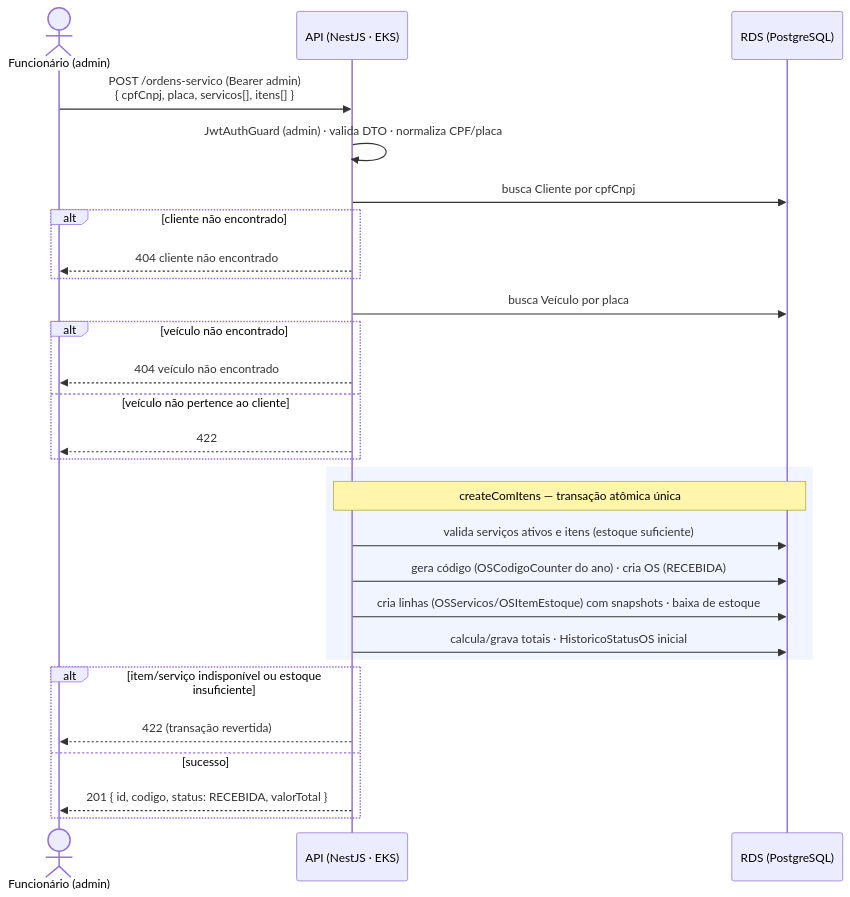
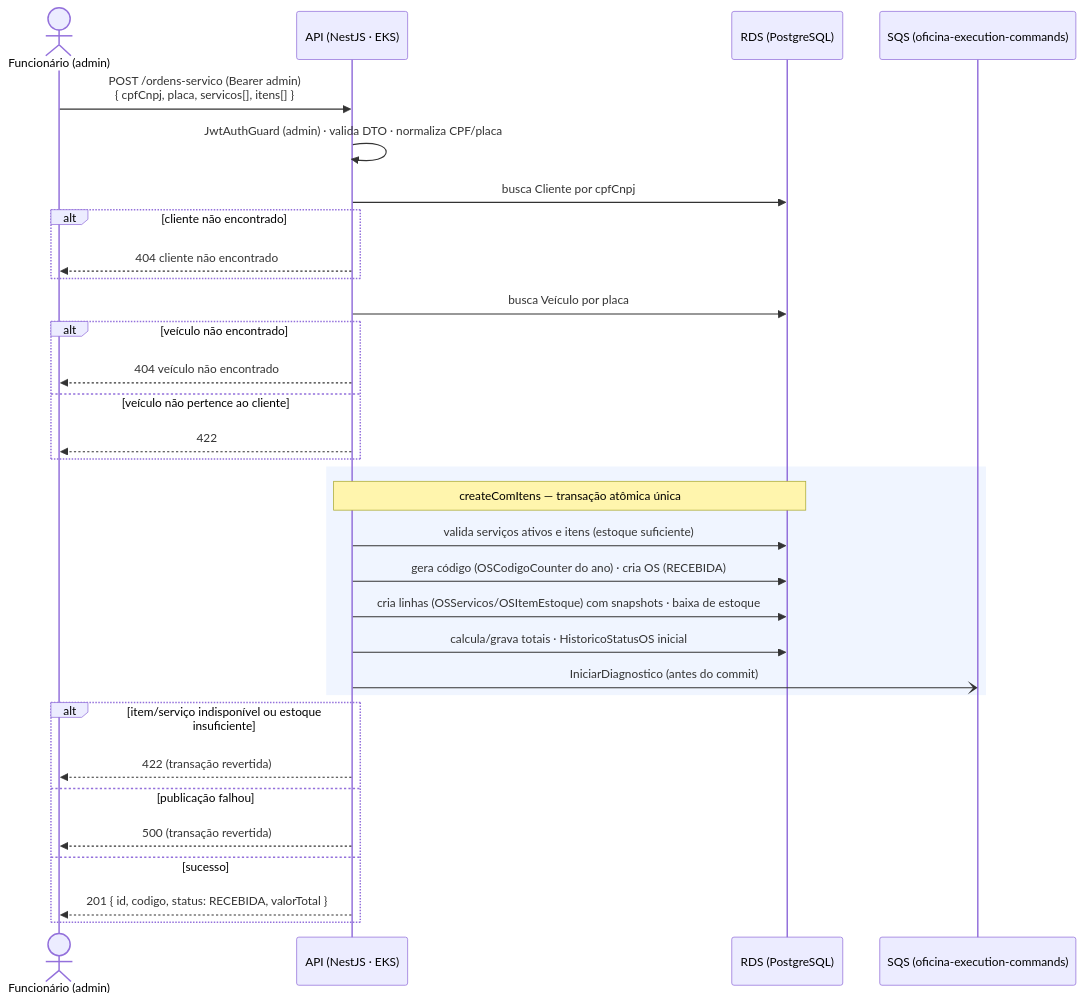
One commit to LucasValada/tech-challenge-fiap changed diagram 11 of 11 in README.md. Above: the diagram before and after it, drawn with Mermaid. The commit also changed other lines of this file and 25 other files, not shown here.

````diff
--- a/README.md
+++ b/README.md
@@ -788,31 +1030,35 @@
 ```mermaid
 sequenceDiagram
     actor F as Funcionário (admin)
     participant API as API (NestJS · EKS)
     participant DB as RDS (PostgreSQL)
+    participant SQS as SQS (oficina-execution-commands)
 
     F->>API: POST /ordens-servico (Bearer admin)<br/>{ cpfCnpj, placa, servicos[], itens[] }
     API->>API: JwtAuthGuard (admin) · valida DTO · normaliza CPF/placa
     API->>DB: busca Cliente por cpfCnpj
     alt cliente não encontrado
         API-->>F: 404 cliente não encontrado
     end
     API->>DB: busca Veículo por placa
     alt veículo não encontrado
         API-->>F: 404 veículo não encontrado
     else veículo não pertence ao cliente
         API-->>F: 422
     end
     rect rgb(240, 245, 255)
     Note over API,DB: createComItens — transação atômica única
     API->>DB: valida serviços ativos e itens (estoque suficiente)
     API->>DB: gera código (OSCodigoCounter do ano) · cria OS (RECEBIDA)
     API->>DB: cria linhas (OSServicos/OSItemEstoque) com snapshots · baixa de estoque
     API->>DB: calcula/grava totais · HistoricoStatusOS inicial
+    API-)SQS: IniciarDiagnostico (antes do commit)
     end
     alt item/serviço indisponível ou estoque insuficiente
         API-->>F: 422 (transação revertida)
+    else publicação falhou
+        API-->>F: 500 (transação revertida)
     else sucesso
         API-->>F: 201 { id, codigo, status: RECEBIDA, valorTotal }
     end
 ```
````
